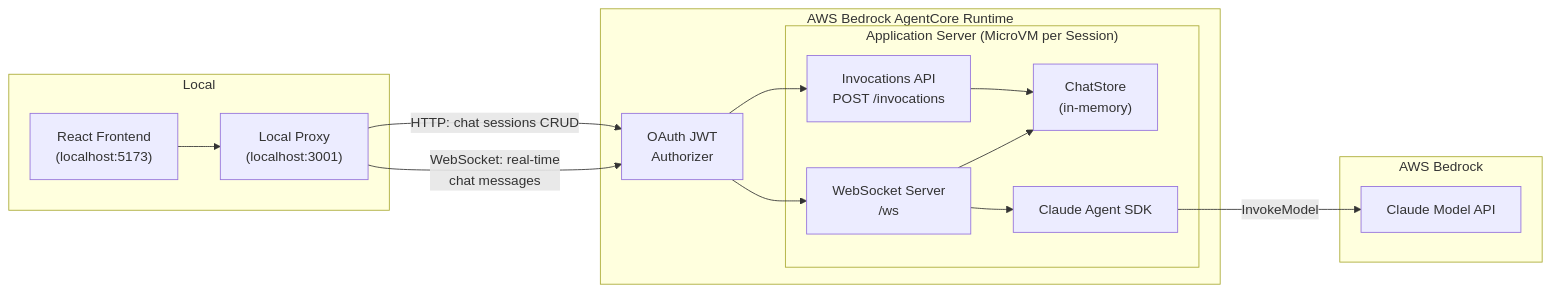
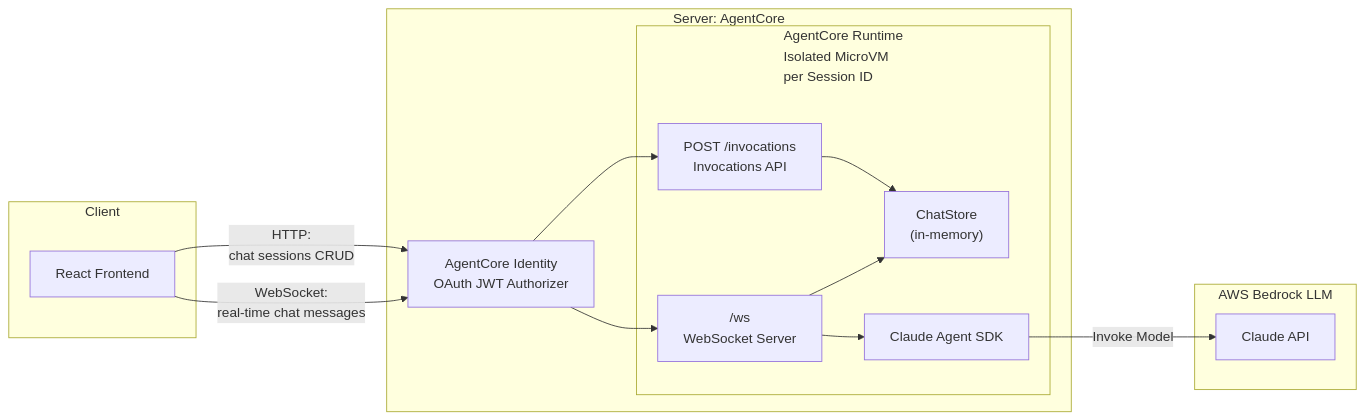
The diagram in README.md (aws-samples/sample-AgentCore-make-Claude_Agent_SDK-production_ready), drawn with Mermaid before and after one commit. The commit also changed other lines of this file, not shown here.

Commit message:
update architecture diagram

````diff
--- a/README.md
+++ b/README.md
@@ -5,31 +5,33 @@
 ```mermaid
 graph LR
-    subgraph Local
-        Browser["React Frontend<br/>(localhost:5173)"]
-        Proxy["Local Proxy<br/>(localhost:3001)"]
+    subgraph client["Client"]
+        Browser["React Frontend"]
     end
 
-    subgraph AgentCore["AWS Bedrock AgentCore Runtime"]
-        Auth["OAuth JWT<br/>Authorizer"]
+    subgraph AgentCore["Server: AgentCore <br/>"]
+        Auth["AgentCore Identity<br/>OAuth JWT Authorizer"]
 
-        subgraph Container["Application Server (MicroVM per Session)"]
-            Invocations["Invocations API<br/>POST /invocations"]
-            WS["WebSocket Server<br/>/ws"]
+        subgraph Container["AgentCore Runtime <br/>Isolated MicroVM <br/>per Session ID"]
+            invisible1[" "]
+            invisible2[" "]
+            Invocations["POST /invocations<br/>Invocations API"]
+            WS["/ws<br/>WebSocket Server"]
             Store["ChatStore<br/>(in-memory)"]
             SDK["Claude Agent SDK"]
             Invocations --> Store
             WS --> Store
             WS --> SDK
         end
+        style invisible1 fill:none,stroke:none
+        style invisible2 fill:none,stroke:none
     end
 
-    subgraph Bedrock["AWS Bedrock"]
-        Claude["Claude Model API"]
+    subgraph Bedrock["AWS Bedrock LLM"]
+        Claude["Claude API"]
     end
 
-    Browser --> Proxy
-    Proxy -- "HTTP: chat sessions CRUD" --> Auth --> Invocations
-    Proxy -- "WebSocket: real-time<br/>chat messages" --> Auth
+    Browser -- "HTTP: <br/>chat sessions CRUD" --> Auth --> Invocations
+    Browser -- "WebSocket: <br/>real-time chat messages" --> Auth
     Auth --> WS
-    SDK -- "InvokeModel" --> Claude
+    SDK -- "Invoke Model" --> Claude
 ```
````
